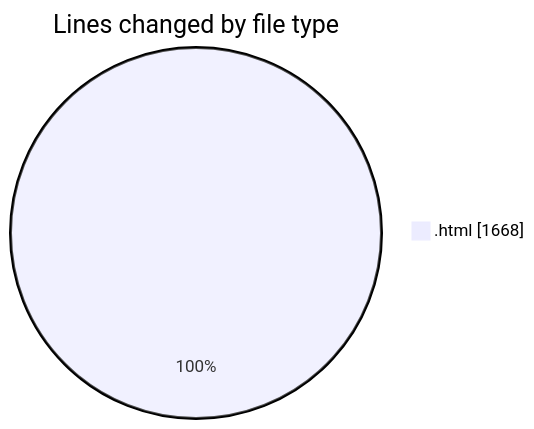
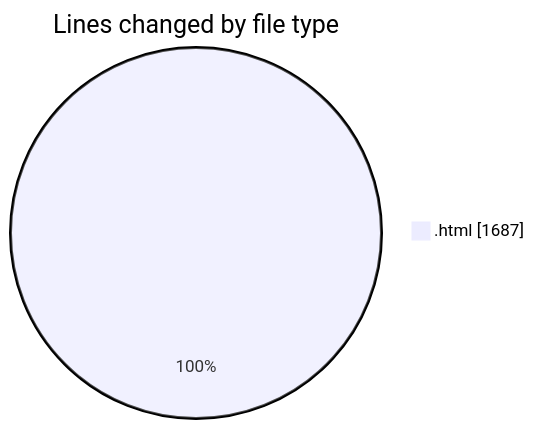
One commit to vahidmafi/code-tracking changed the first of 2 diagrams in 2025-09-16/landing/README.md. Above: the diagram before and after it, drawn with Mermaid. The commit also changed other lines of this file and 1 other file, not shown here.

````diff
--- a/2025-09-16/landing/README.md
+++ b/2025-09-16/landing/README.md
@@ -25,5 +25,5 @@
 ```mermaid
 pie showData
 title Lines changed by file type
-".html" : 1668
+".html" : 1687
 ```
````
